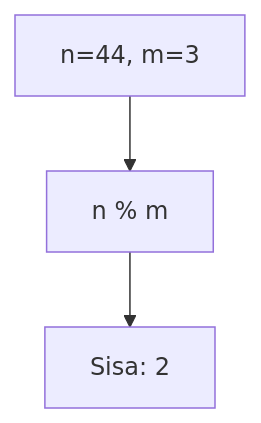
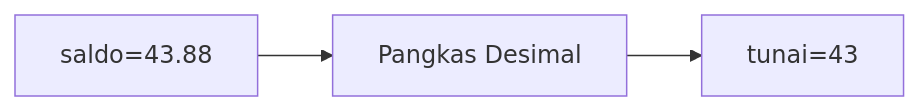
Before and after one commit to amnahwaida/OSNK_INF_PREP: diagram 15 of 25 in part-c-pemahaman-cpp/01-tipe-data/latihan/set-05.md, drawn with Mermaid. The commit also changed other lines of this file and 71 other files, not shown here.

````diff
--- a/part-c-pemahaman-cpp/01-tipe-data/latihan/set-05.md
+++ b/part-c-pemahaman-cpp/01-tipe-data/latihan/set-05.md
@@ -375,5 +423,5 @@
 ```mermaid
-graph TD
-A["n=44, m=3"] --> B["n % m"]
-B --> C["Sisa: 2"]
+graph LR
+A["saldo=43.88"] --> B["Pangkas Desimal"]
+B --> C["tunai=43"]
 ```
````
